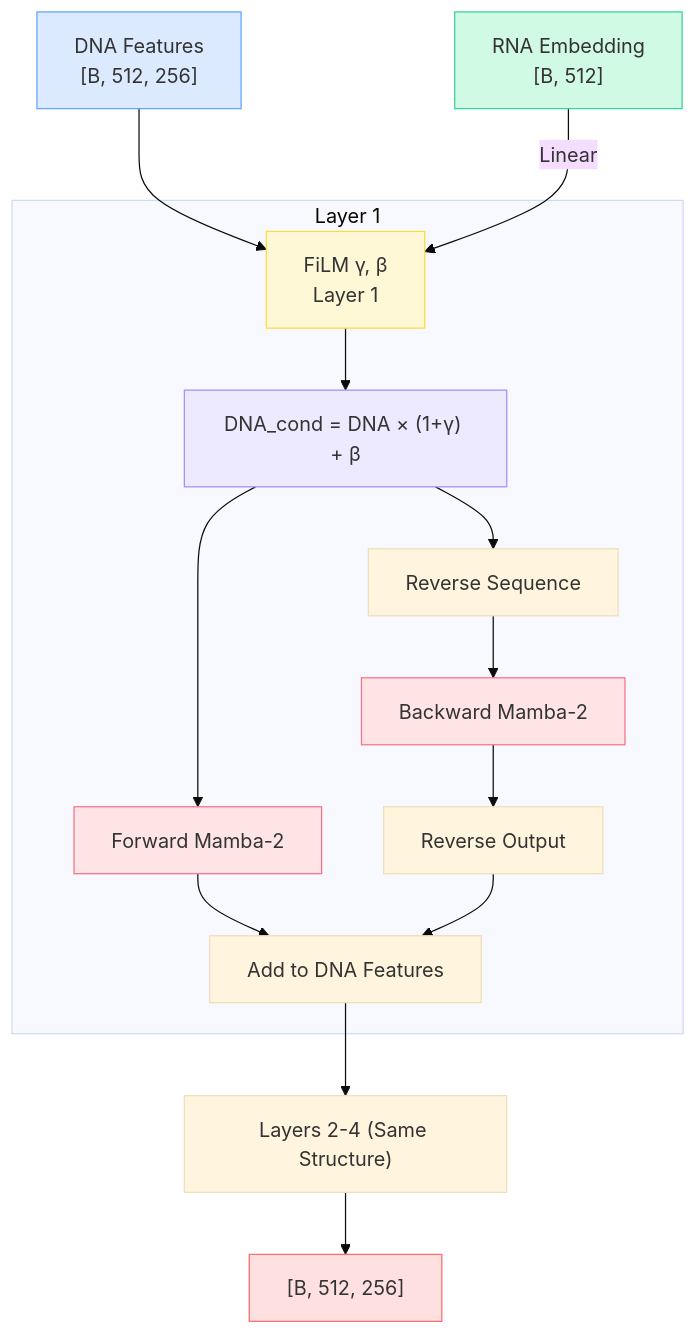
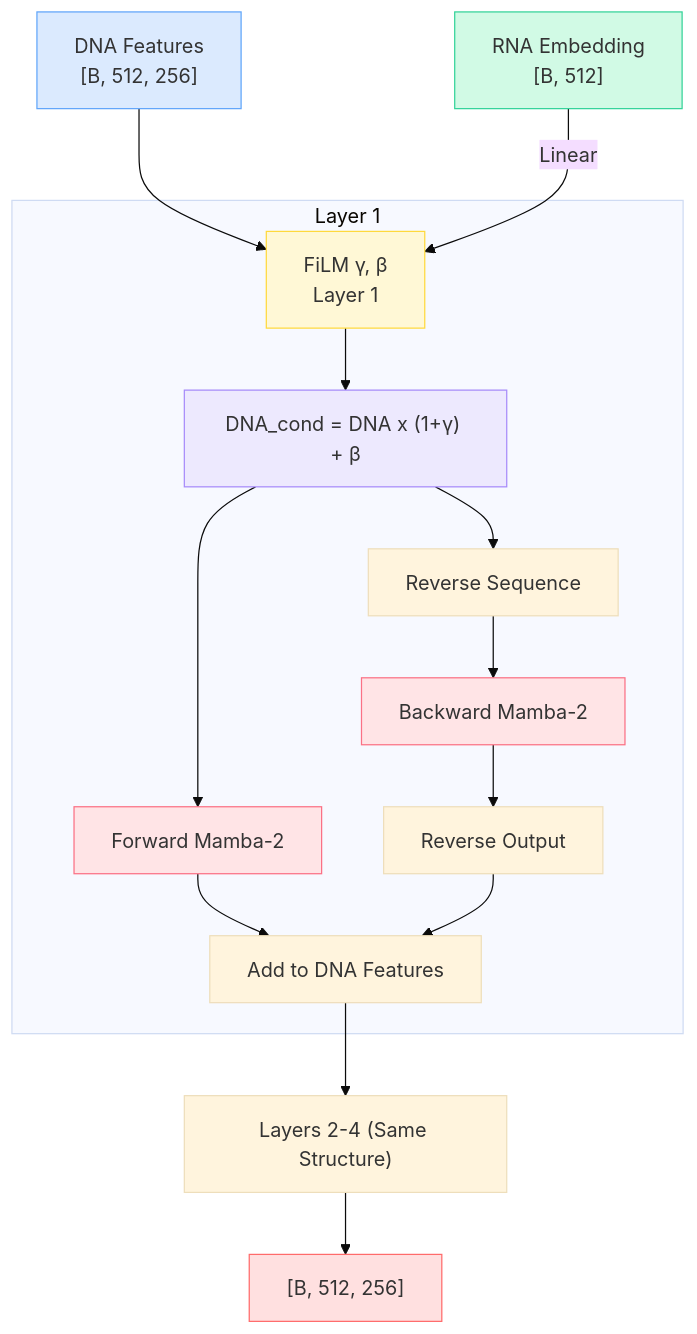
The diagram in docs/architecture/bimamba.md (shreyakat0ch/hist4.1), drawn with Mermaid (base theme) before and after one commit. The commit also changed other lines of this file and 11 other files, not shown here.

````diff
--- a/docs/architecture/bimamba.md
+++ b/docs/architecture/bimamba.md
@@ -11,23 +11,23 @@
 ```mermaid
 flowchart TD
     IN["DNA Features<br/>[B, 512, 256]"] --> F1
     RNA["RNA Embedding<br/>[B, 512]"] -->|"Linear"| F1["FiLM γ, β<br/>Layer 1"]
     
     subgraph L1 ["Layer 1"]
-        F1 --> COND1["DNA_cond = DNA × (1+γ) + β"]
+        F1 --> COND1["DNA_cond = DNA x (1+γ) + β"]
         COND1 --> FWD1["Forward Mamba-2"]
         COND1 --> REV["Reverse Sequence"] --> BWD1["Backward Mamba-2"] --> REV2["Reverse Output"]
         FWD1 & REV2 --> ADD1["Add to DNA Features"]
     end
     
     ADD1 --> L2["Layers 2-4 (Same Structure)"]
     L2 --> OUT["[B, 512, 256]"]
     
     style IN fill:#DBEAFE,stroke:#60A5FA,color:#333
     style RNA fill:#D1FAE5,stroke:#34D399,color:#333
     style F1 fill:#FFF8D6,stroke:#FFD93D,color:#333
     style COND1 fill:#EDE9FE,stroke:#A78BFA,color:#333
     style FWD1 fill:#FFE4E6,stroke:#FB7185,color:#333
     style BWD1 fill:#FFE4E6,stroke:#FB7185,color:#333
     style OUT fill:#FFE0E0,stroke:#FF6B6B,color:#333
 ```
````
